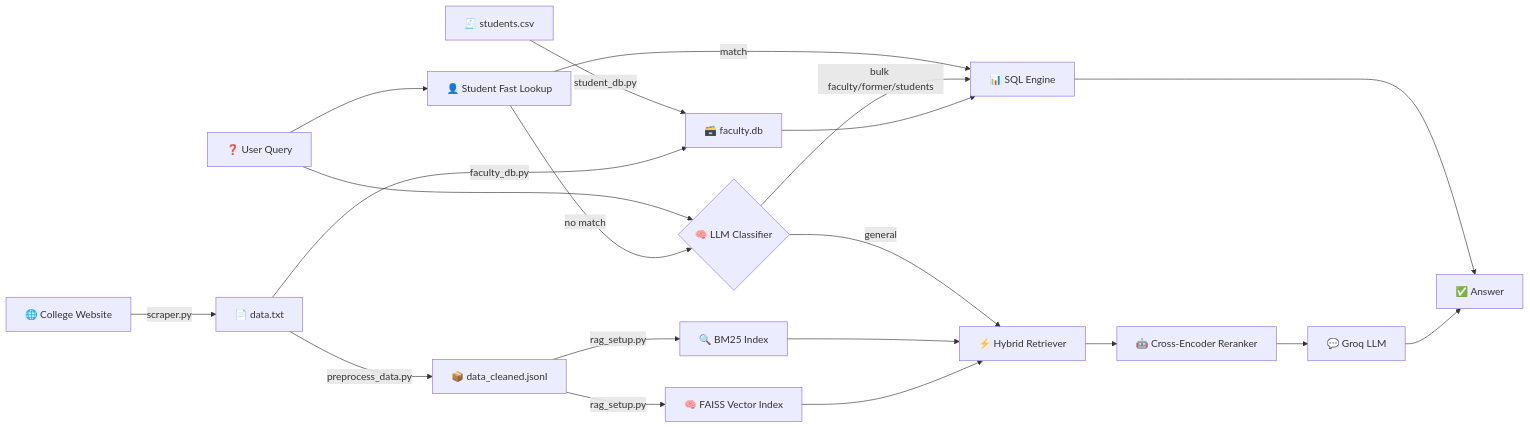
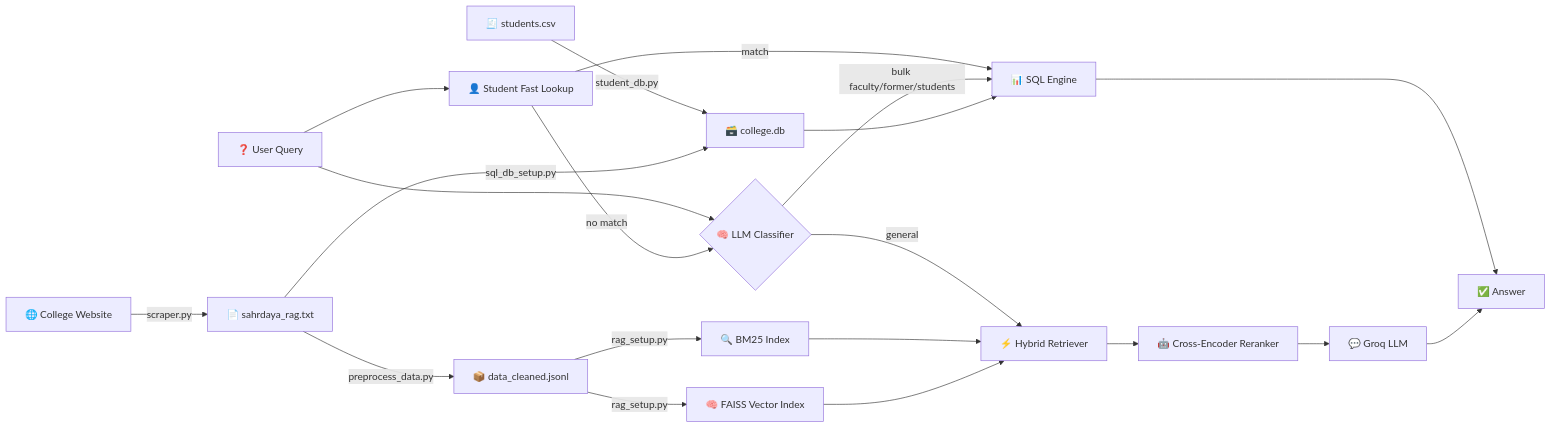
The first of 17 diagrams in WORKING.md (arxhr007/sahrdaya_ragx), drawn with Mermaid before and after one commit. The commit also changed other lines of this file and 19 other files, not shown here.

First line of the commit message:
Add SQL database setup and smoke test scripts

````diff
--- a/WORKING.md
+++ b/WORKING.md
@@ -21,22 +21,22 @@
 ```mermaid
 flowchart LR
-    A[🌐 College Website] -->|scraper.py| B[📄 data.txt]
-  SCSV[🧾 students.csv] -->|student_db.py| I[🗃️ faculty.db]
+    A[🌐 College Website] -->|scraper.py| B[📄 sahrdaya_rag.txt]
+  SCSV[🧾 students.csv] -->|student_db.py| I[🗃️ college.db]
     B -->|preprocess_data.py| C[📦 data_cleaned.jsonl]
-    B -->|faculty_db.py| I[🗃️ faculty.db]
+    B -->|sql_db_setup.py| I[🗃️ college.db]
     C -->|rag_setup.py| D[🔍 BM25 Index]
     C -->|rag_setup.py| E[🧠 FAISS Vector Index]
     F[❓ User Query] --> G{🧠 LLM Classifier}
   F --> FS[👤 Student Fast Lookup]
   FS -->|match| H[📊 SQL Engine]
   FS -->|no match| G
   G -->|bulk faculty/former/students| H
     I --> H
     G -->|general| J[⚡ Hybrid Retriever]
     D --> J
     E --> J
     J --> K[🤖 Cross-Encoder Reranker]
     K --> L[💬 Groq LLM]
     H --> M[✅ Answer]
     L --> M
 ```
````
